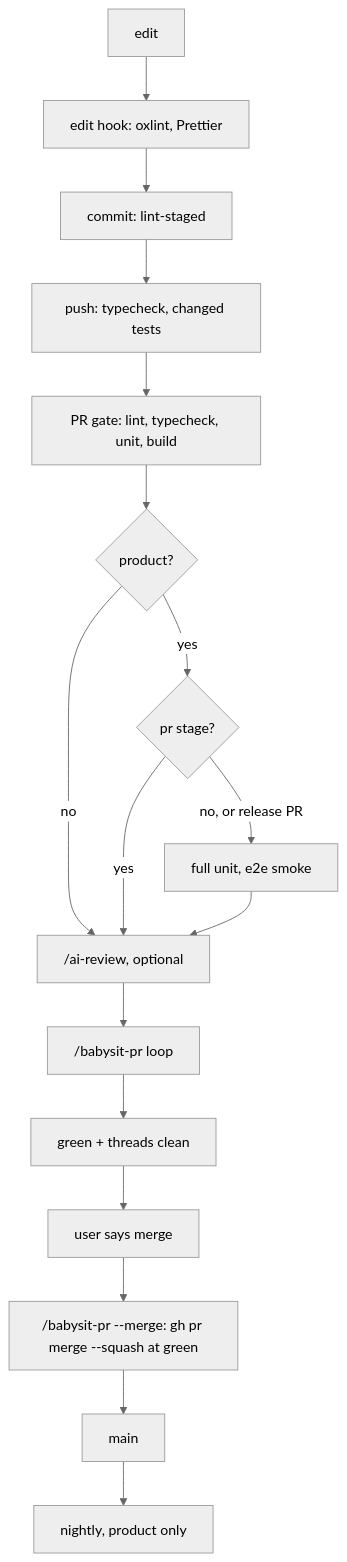
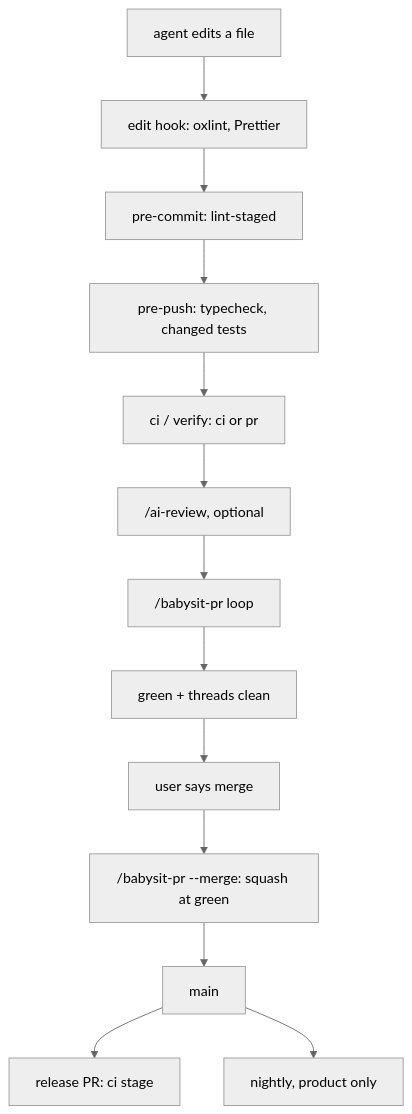
Before and after one commit to timschoch/skilly: the fourth of 7 diagrams in docs/dev-process.md, drawn with Mermaid (neutral theme). The commit also changed other lines of this file and 52 other files, not shown here.

````diff
--- a/docs/dev-process.md
+++ b/docs/dev-process.md
@@ -30,19 +90,15 @@
 ```mermaid
 flowchart TD
-  edit[edit] --> hook[edit hook: oxlint, Prettier]
-  hook --> commit[commit: lint-staged]
-  commit --> push[push: typecheck, changed tests]
-  push --> gate[PR gate: lint, typecheck, unit, build]
-  gate --> tier{product?}
-  tier -- no --> ai
-  tier -- yes --> stage{pr stage?}
-  stage -- "no, or release PR" --> smoke[full unit, e2e smoke]
-  stage -- yes --> ai
-  smoke --> ai["/ai-review, optional"]
+  edit[agent edits a file] --> hook[edit hook: oxlint, Prettier]
+  hook --> commit[pre-commit: lint-staged]
+  commit --> push[pre-push: typecheck, changed tests]
+  push --> gate[ci / verify: ci or pr]
+  gate --> ai["/ai-review, optional"]
   ai --> babysit["/babysit-pr loop"]
   babysit --> clean[green + threads clean]
   clean --> ask[user says merge]
-  ask --> merge["/babysit-pr --merge: gh pr merge --squash at green"]
+  ask --> merge["/babysit-pr --merge: squash at green"]
   merge --> main[main]
+  main --> release[release PR: ci stage]
   main --> nightly[nightly, product only]
 ```
````
